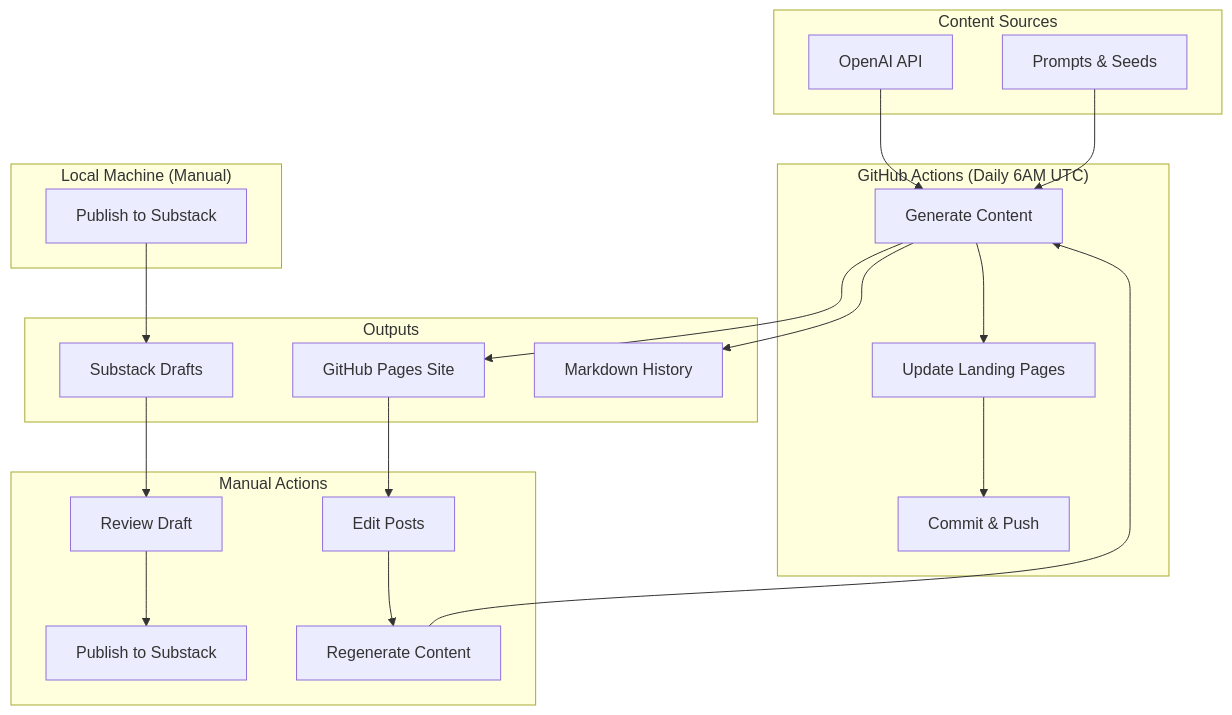
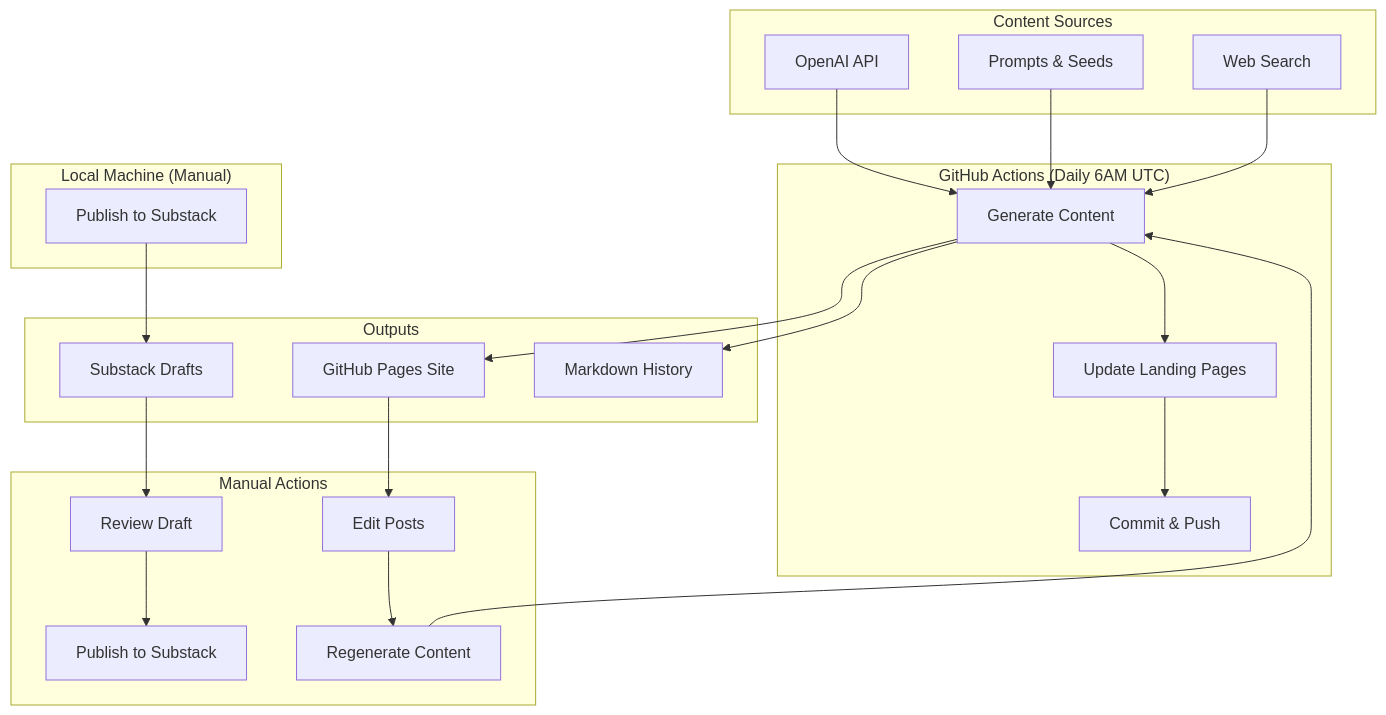
Before and after one commit to obscurebit/b1ts: the first of 7 diagrams in SYSTEM_DESIGN.md, drawn with Mermaid. The commit also changed other lines of this file and 28 other files, not shown here.

First line of the commit message:
Add link generation v2 with web search and content verification

````diff
--- a/SYSTEM_DESIGN.md
+++ b/SYSTEM_DESIGN.md
@@ -9,35 +9,36 @@
 ```mermaid
 graph TB
     subgraph "GitHub Actions (Daily 6AM UTC)"
         A[Generate Content] --> B[Update Landing Pages]
         B --> C[Commit & Push]
     end
     
     subgraph "Local Machine (Manual)"
         D[Publish to Substack]
     end
     
     subgraph "Content Sources"
         E[OpenAI API] --> A
         F[Prompts & Seeds] --> A
+        W[Web Search] --> A
     end
     
     subgraph "Outputs"
         G[GitHub Pages Site]
         H[Substack Drafts]
         I[Markdown History]
     end
     
     A --> G
     A --> I
     D --> H
     
     subgraph "Manual Actions"
         J[Review Draft] --> K[Publish to Substack]
         L[Edit Posts] --> M[Regenerate Content]
     end
     
     H --> J
     G --> L
     M --> A
 ```
````
